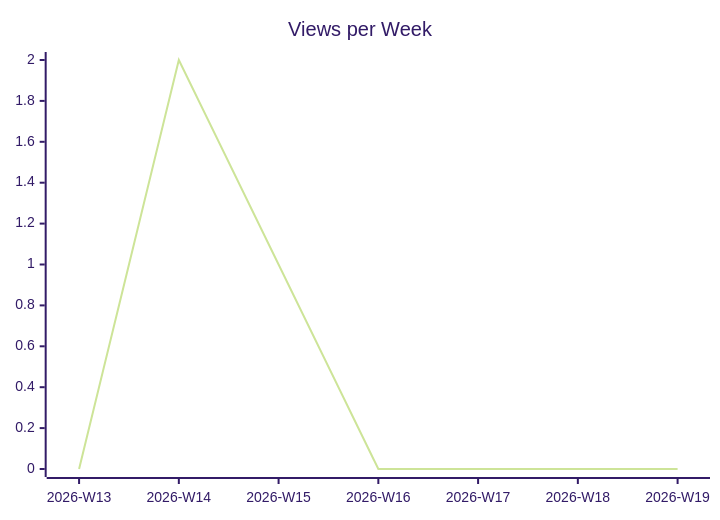
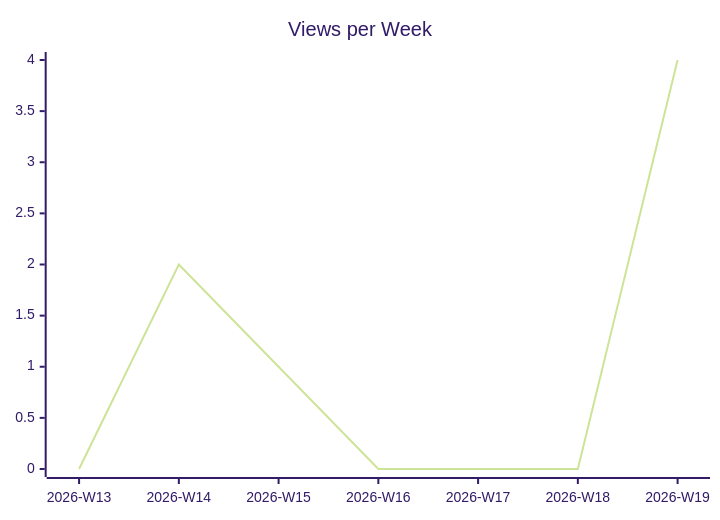
Before and after one commit to justdavis-family/github-analytics-data: the second of 3 diagrams in karlmdavis/justdavis-ansible/README.md, drawn with Mermaid (forest theme). The commit also changed other lines of this file and 187 other files, not shown here.

````diff
--- a/karlmdavis/justdavis-ansible/README.md
+++ b/karlmdavis/justdavis-ansible/README.md
@@ -12,6 +12,6 @@
 ```mermaid
 xychart-beta
   title "Views per Week"
   x-axis ["2026-W13", "2026-W14", "2026-W15", "2026-W16", "2026-W17", "2026-W18", "2026-W19"]
-  line [0, 2, 1, 0, 0, 0, 0]
+  line [0, 2, 1, 0, 0, 0, 4]
 ```
````
